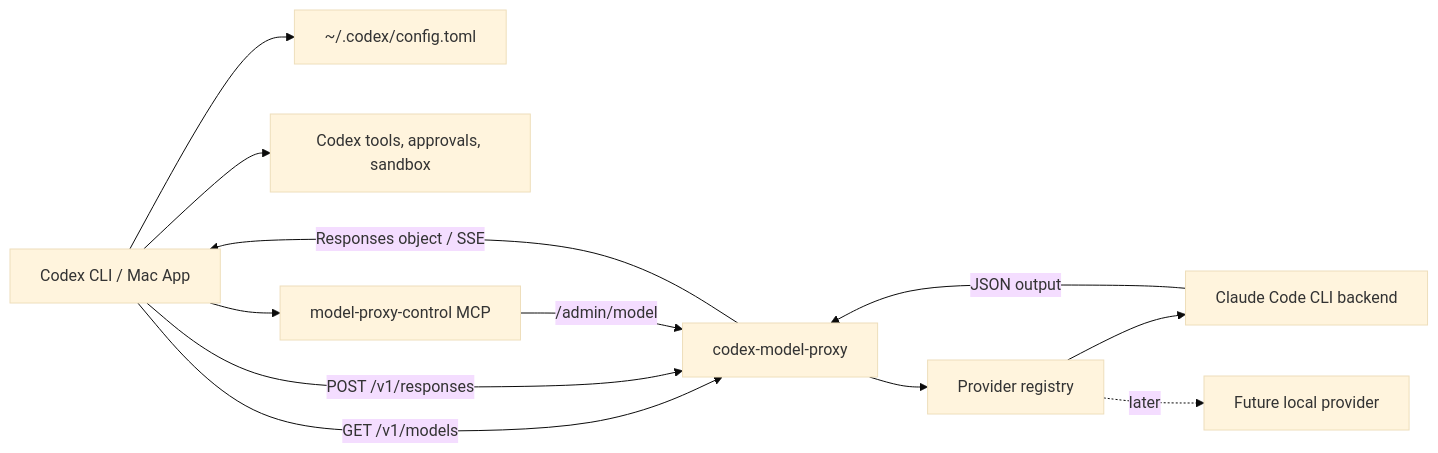
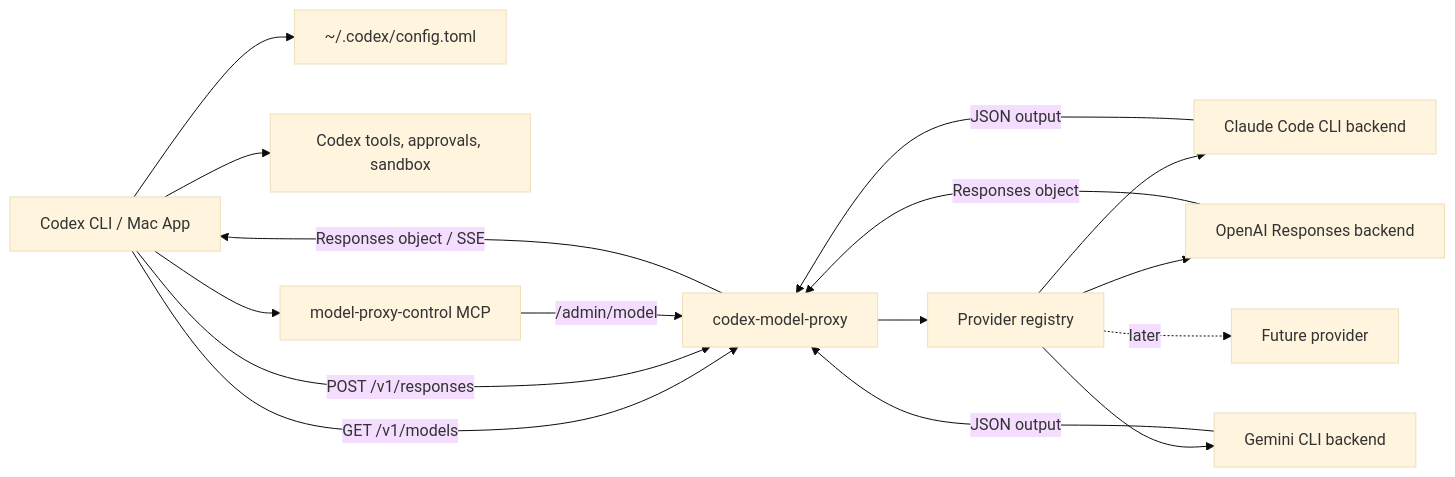
One commit to michaelboeding/codex-model-proxy changed the diagram in README.md. Above: the diagram before and after it, drawn with Mermaid (base theme). The commit also changed other lines of this file and 21 other files, not shown here.

````diff
--- a/README.md
+++ b/README.md
@@ -187,23 +208,29 @@
 ```mermaid
 flowchart LR
   Codex["Codex CLI / Mac App"]
   Config["~/.codex/config.toml"]
   Proxy["codex-model-proxy"]
   Registry["Provider registry"]
   Claude["Claude Code CLI backend"]
-  Future["Future local provider"]
+  OpenAI["OpenAI Responses backend"]
+  Gemini["Gemini CLI backend"]
+  Future["Future provider"]
   Tools["Codex tools, approvals, sandbox"]
   Mcp["model-proxy-control MCP"]
 
   Codex --> Config
   Codex -->|GET /v1/models| Proxy
   Codex -->|POST /v1/responses| Proxy
   Proxy --> Registry
   Registry --> Claude
+  Registry --> OpenAI
+  Registry --> Gemini
   Registry -. later .-> Future
   Claude -->|JSON output| Proxy
+  OpenAI -->|Responses object| Proxy
+  Gemini -->|JSON output| Proxy
   Proxy -->|Responses object / SSE| Codex
   Codex --> Tools
   Codex --> Mcp
   Mcp -->|/admin/model| Proxy
 ```
````
